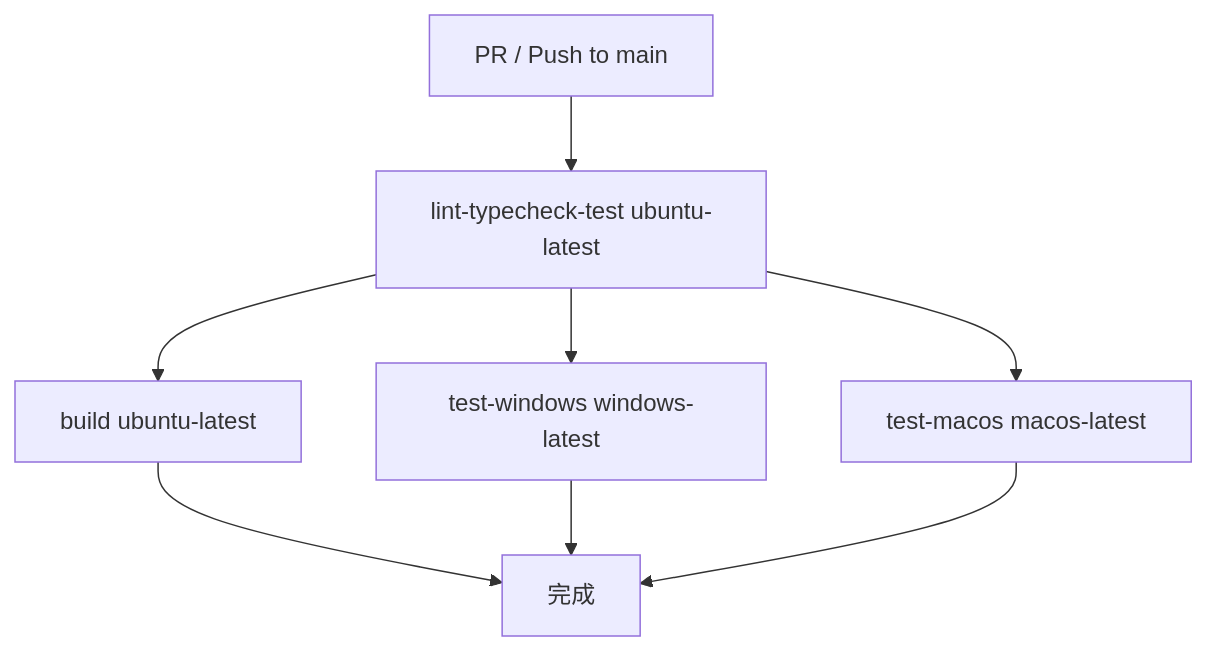
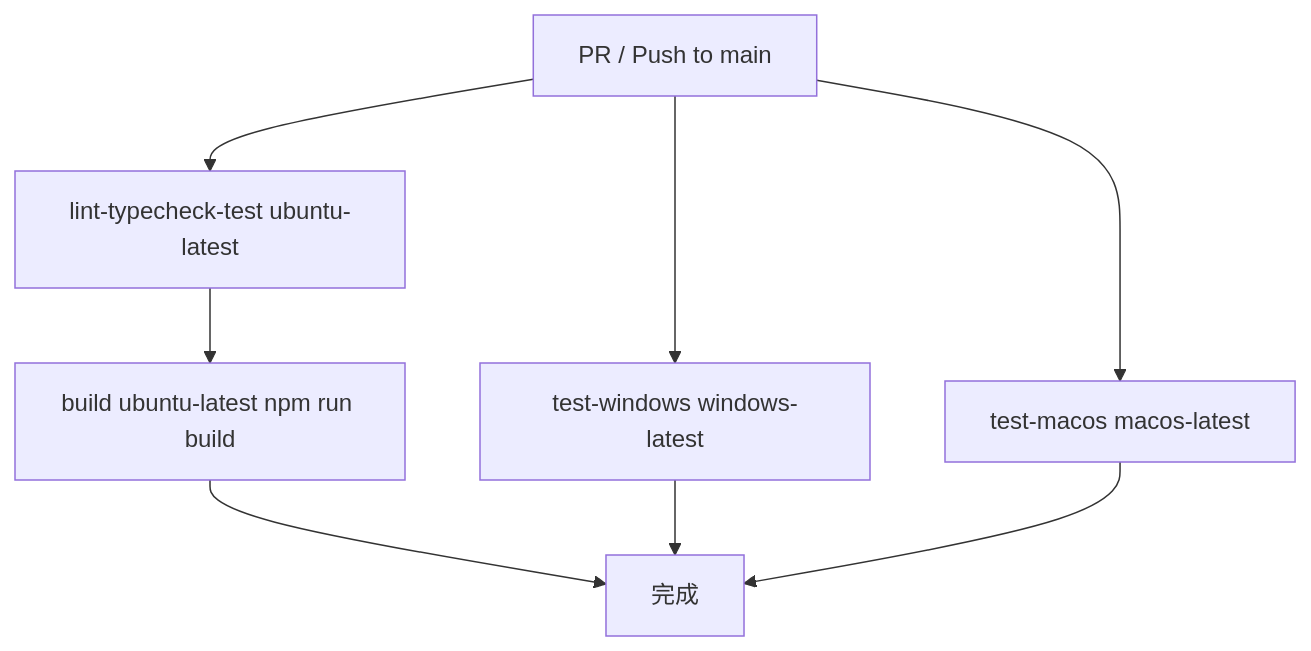
The first of 2 diagrams in .zread/wiki/versions/2026-10-06-001245/27-ce-shi-ce-lue-node-js-yuan-sheng-ce-shi-ping-tai-zi-ji-yu-mou-yan-ce-shi.md (Chasen-Liao/pi-agent-desktop), drawn with Mermaid before and after one commit. The commit also changed other lines of this file and 29 other files, not shown here.

First line of the commit message:
docs(wiki): align zread wiki with main architecture

````diff
--- a/.zread/wiki/versions/2026-10-06-001245/27-ce-shi-ce-lue-node-js-yuan-sheng-ce-shi-ping-tai-zi-ji-yu-mou-yan-ce-shi.md
+++ b/.zread/wiki/versions/2026-10-06-001245/27-ce-shi-ce-lue-node-js-yuan-sheng-ce-shi-ping-tai-zi-ji-yu-mou-yan-ce-shi.md
@@ -420,10 +422,10 @@
 ```mermaid
 flowchart TD
     A[PR / Push to main] --> B[lint-typecheck-test ubuntu-latest]
-    B --> C1[build ubuntu-latest]
-    B --> D1[test-windows windows-latest]
-    B --> D2[test-macos macos-latest]
+    A --> D1[test-windows windows-latest]
+    A --> D2[test-macos macos-latest]
+    B --> C1[build ubuntu-latest npm run build]
     C1 --> E[完成]
     D1 --> E
     D2 --> E
 ```
````
